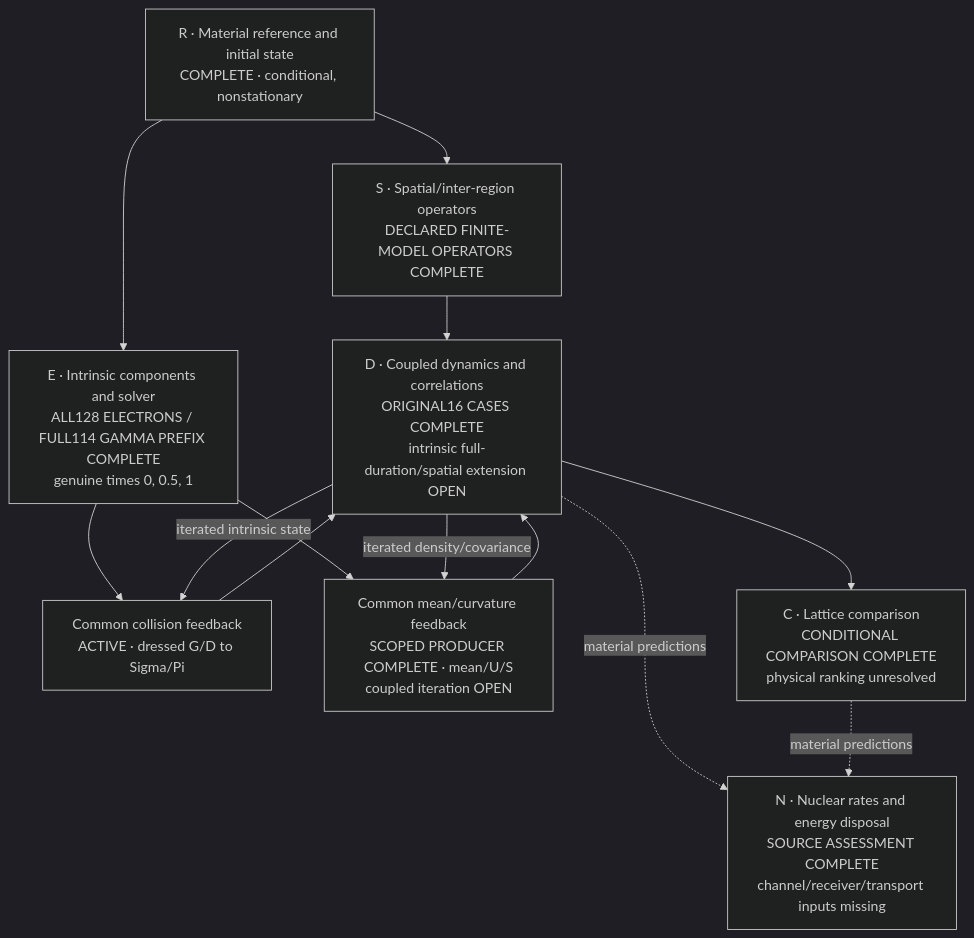
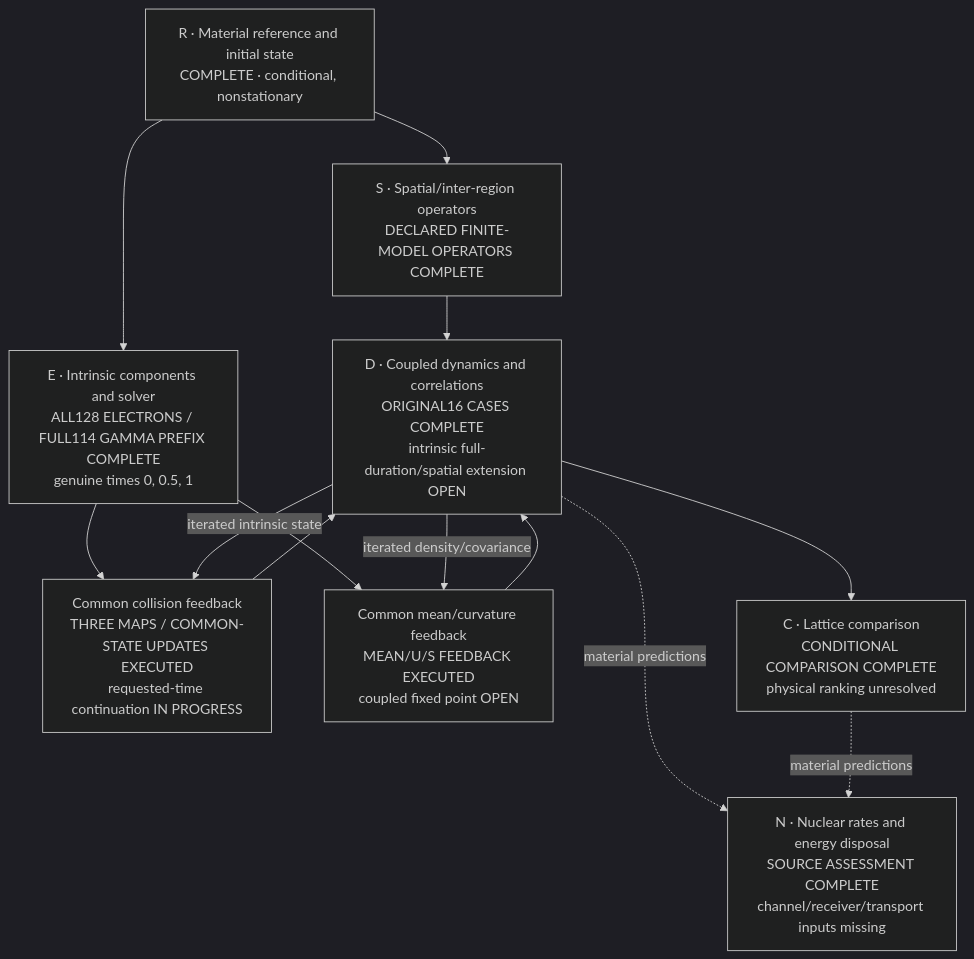
The diagram in proposals/P254-ni-collective-response/SOLUTION.md (vantasnerdan/substrate-framework), drawn with Mermaid (dark theme) before and after one commit. The commit also changed other lines of this file and 114 other files, not shown here.

Commit message:
feat(P254): execute common history continuation and requested-time kernel columns

````diff
--- a/proposals/P254-ni-collective-response/SOLUTION.md
+++ b/proposals/P254-ni-collective-response/SOLUTION.md
@@ -16,23 +16,23 @@
 ```mermaid
 flowchart TD
     R["R · Material reference and initial state<br/>COMPLETE · conditional, nonstationary"]
     S["S · Spatial/inter-region operators<br/>DECLARED FINITE-MODEL OPERATORS COMPLETE"]
     E0["E · Intrinsic components and solver<br/>ALL128 ELECTRONS / FULL114 GAMMA PREFIX COMPLETE<br/>genuine times 0, 0.5, 1"]
-    EF["Common collision feedback<br/>ACTIVE · dressed G/D to Sigma/Pi"]
-    EM["Common mean/curvature feedback<br/>SCOPED PRODUCER COMPLETE · mean/U/S<br/>coupled iteration OPEN"]
+    EF["Common collision feedback<br/>THREE MAPS / COMMON-STATE UPDATES EXECUTED<br/>requested-time continuation IN PROGRESS"]
+    EM["Common mean/curvature feedback<br/>MEAN/U/S FEEDBACK EXECUTED<br/>coupled fixed point OPEN"]
     D["D · Coupled dynamics and correlations<br/>ORIGINAL16 CASES COMPLETE<br/>intrinsic full-duration/spatial extension OPEN"]
     C["C · Lattice comparison<br/>CONDITIONAL COMPARISON COMPLETE<br/>physical ranking unresolved"]
     N["N · Nuclear rates and energy disposal<br/>SOURCE ASSESSMENT COMPLETE<br/>channel/receiver/transport inputs missing"]
     R --> S
     R --> E0
     E0 --> EF
     E0 --> EM
     EF --> D
     EM --> D
     S --> D
     D -- "iterated intrinsic state" --> EF
     D -- "iterated density/covariance" --> EM
     D --> C
     D -. "material predictions" .-> N
     C -. "material predictions" .-> N
 ```
````
